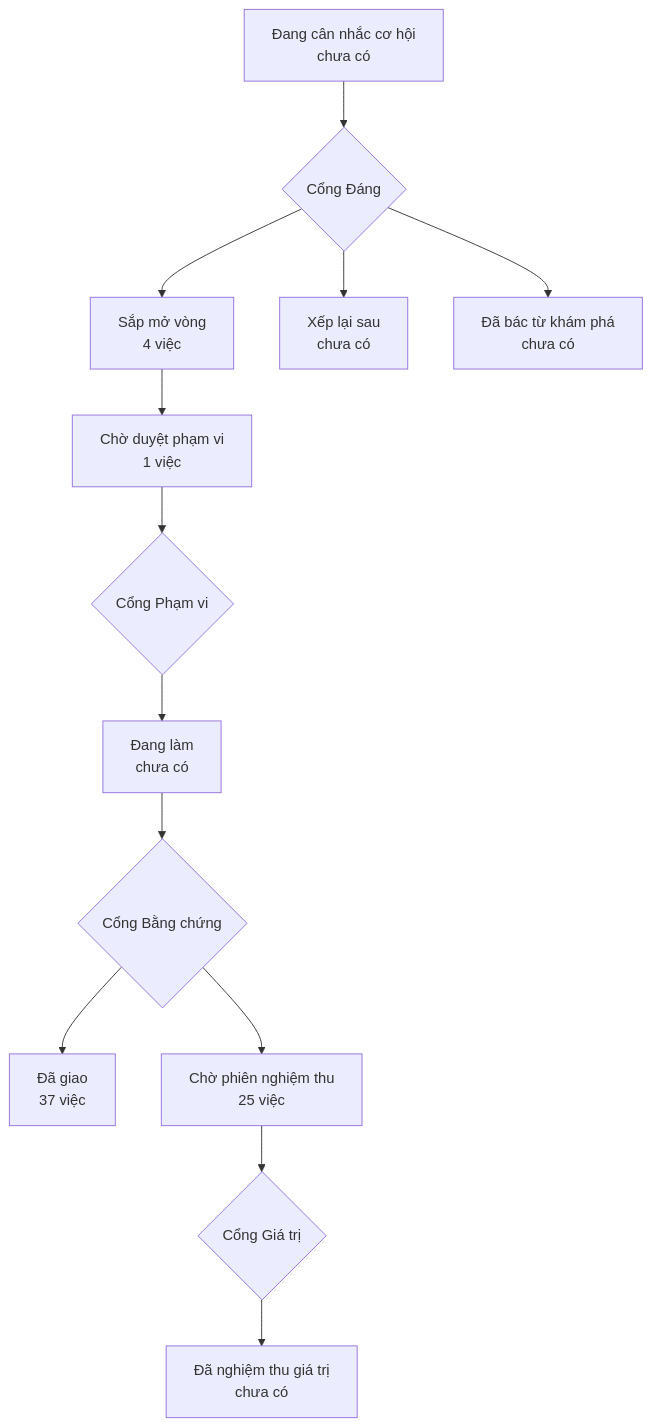
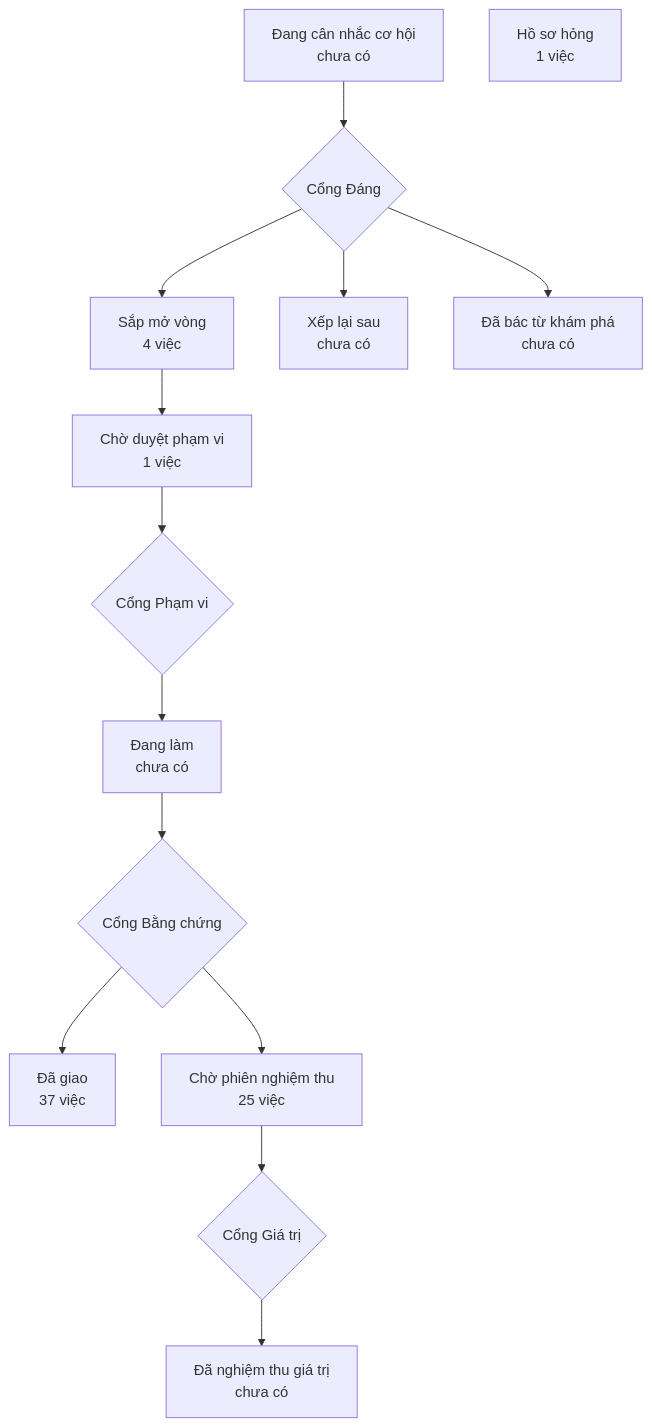
Before and after one commit to phanlemanh/onehub-invest: the diagram in PRODUCT-MAP.md, drawn with Mermaid. The commit also changed other lines of this file and 1 other file, not shown here.

````diff
--- a/PRODUCT-MAP.md
+++ b/PRODUCT-MAP.md
@@ -7,12 +7,13 @@
 ```mermaid
 flowchart TD
   A["Đang cân nhắc cơ hội<br/>chưa có"] --> GD{"Cổng Đáng"}
   GD --> B["Sắp mở vòng<br/>4 việc"]
   GD --> XL["Xếp lại sau<br/>chưa có"]
   GD --> DB["Đã bác từ khám phá<br/>chưa có"]
   B --> CD["Chờ duyệt phạm vi<br/>1 việc"] --> GP{"Cổng Phạm vi"}
   GP --> DL["Đang làm<br/>chưa có"] --> GB{"Cổng Bằng chứng"}
   GB --> DG["Đã giao<br/>37 việc"]
   GB --> CN["Chờ phiên nghiệm thu<br/>25 việc"] --> GG{"Cổng Giá trị"}
   GG --> NT["Đã nghiệm thu giá trị<br/>chưa có"]
+  HS["Hồ sơ hỏng<br/>1 việc"]
 ```
````
